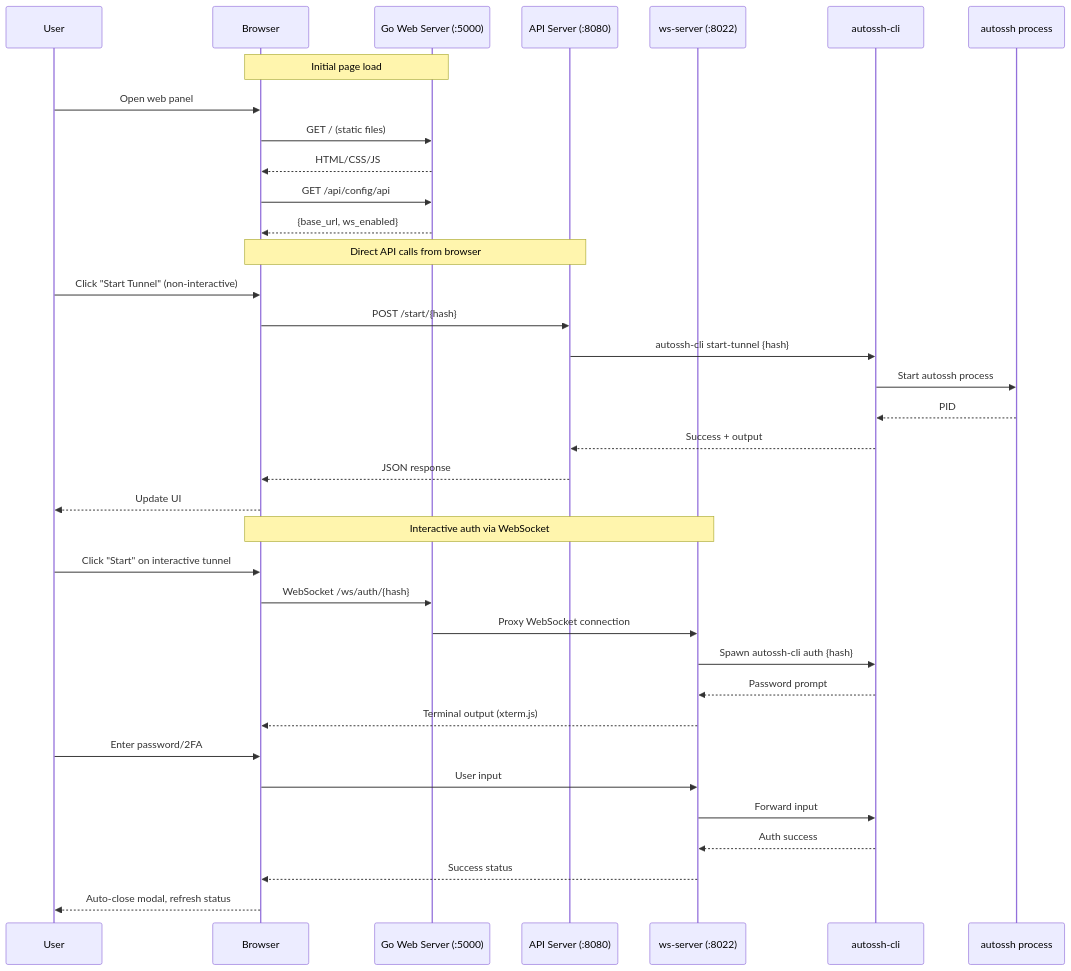
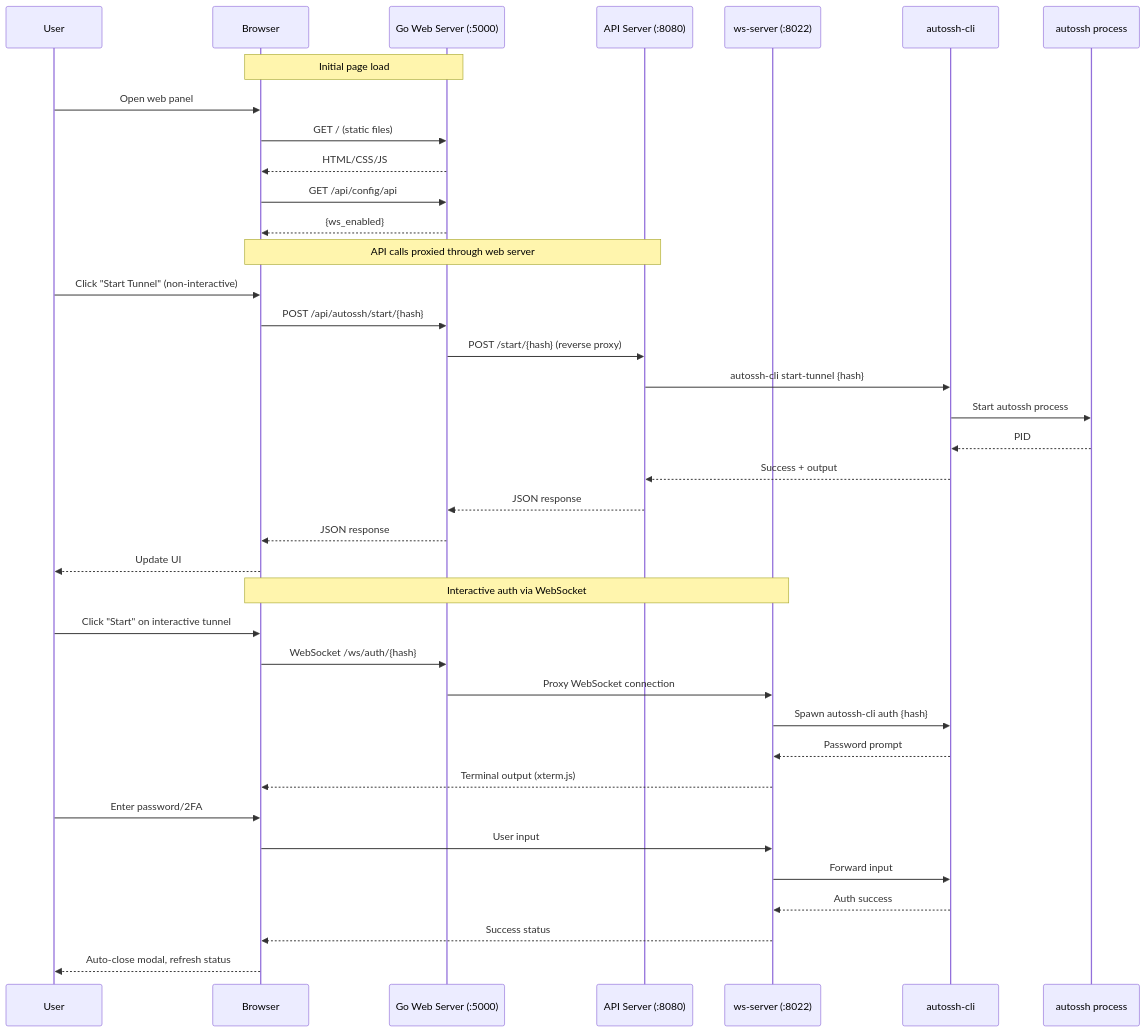
Before and after one commit to Oaklight/autossh-tunnel-dockerized: the second of 3 diagrams in docs/architecture.md, drawn with Mermaid. The commit also changed other lines of this file and 2 other files, not shown here.

First line of the commit message:
docs: update architecture docs for API proxy pattern

````diff
--- a/docs/architecture.md
+++ b/docs/architecture.md
@@ -269,41 +272,43 @@
 ```mermaid
 sequenceDiagram
     participant User
     participant Browser as Browser
     participant WebServer as Go Web Server (:5000)
     participant API as API Server (:8080)
     participant WSSERVER as ws-server (:8022)
     participant CLI as autossh-cli
     participant Tunnel as autossh process
 
     Note over Browser,WebServer: Initial page load
     User->>Browser: Open web panel
     Browser->>WebServer: GET / (static files)
     WebServer-->>Browser: HTML/CSS/JS
     Browser->>WebServer: GET /api/config/api
-    WebServer-->>Browser: {base_url, ws_enabled}
+    WebServer-->>Browser: {ws_enabled}
 
-    Note over Browser,API: Direct API calls from browser
+    Note over Browser,API: API calls proxied through web server
     User->>Browser: Click "Start Tunnel" (non-interactive)
-    Browser->>API: POST /start/{hash}
+    Browser->>WebServer: POST /api/autossh/start/{hash}
+    WebServer->>API: POST /start/{hash} (reverse proxy)
     API->>CLI: autossh-cli start-tunnel {hash}
     CLI->>Tunnel: Start autossh process
     Tunnel-->>CLI: PID
     CLI-->>API: Success + output
-    API-->>Browser: JSON response
+    API-->>WebServer: JSON response
+    WebServer-->>Browser: JSON response
     Browser-->>User: Update UI
 
     Note over Browser,WSSERVER: Interactive auth via WebSocket
     User->>Browser: Click "Start" on interactive tunnel
     Browser->>WebServer: WebSocket /ws/auth/{hash}
     WebServer->>WSSERVER: Proxy WebSocket connection
     WSSERVER->>CLI: Spawn autossh-cli auth {hash}
     CLI-->>WSSERVER: Password prompt
     WSSERVER-->>Browser: Terminal output (xterm.js)
     User->>Browser: Enter password/2FA
     Browser->>WSSERVER: User input
     WSSERVER->>CLI: Forward input
     CLI-->>WSSERVER: Auth success
     WSSERVER-->>Browser: Success status
     Browser-->>User: Auto-close modal, refresh status
 ```
````
